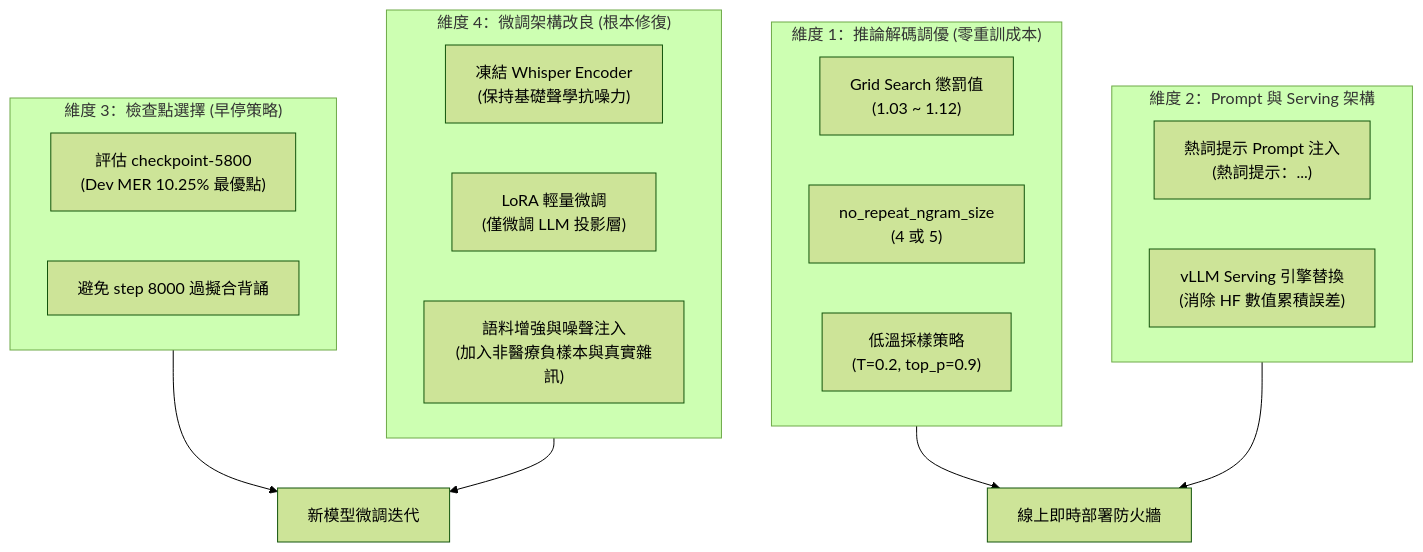
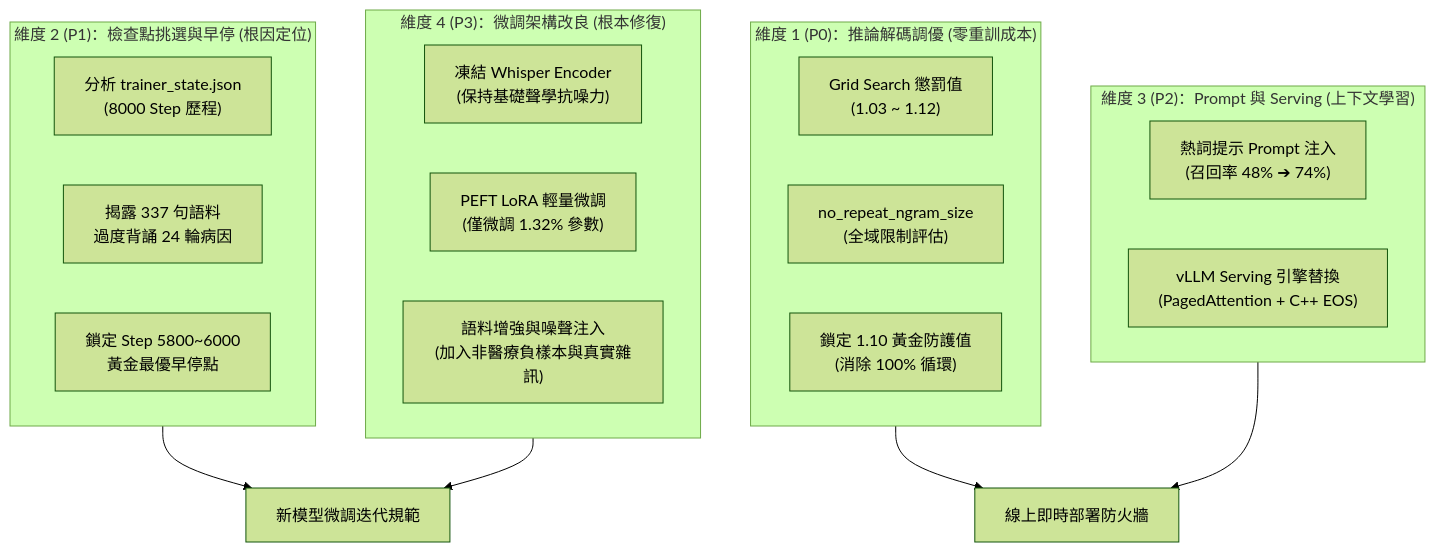
Before and after one commit to hungshinlee/MOSS-Transcribe-Diarize-Test: the diagram in README.md, drawn with Mermaid (forest theme). The commit also changed other lines of this file and 1 other file, not shown here.

````diff
--- a/README.md
+++ b/README.md
@@ -201,29 +218,30 @@
 ```mermaid
 flowchart TD
-    subgraph D1["維度 1：推論解碼調優 (零重訓成本)"]
+    subgraph D1["維度 1 (P0)：推論解碼調優 (零重訓成本)"]
         A1["Grid Search 懲罰值<br>(1.03 ~ 1.12)"]
-        A2["no_repeat_ngram_size<br>(4 或 5)"]
-        A3["低溫採樣策略<br>(T=0.2, top_p=0.9)"]
+        A2["no_repeat_ngram_size<br>(全域限制評估)"]
+        A3["鎖定 1.10 黃金防護值<br>(消除 100% 循環)"]
     end
 
-    subgraph D2["維度 2：Prompt 與 Serving 架構"]
-        B1["熱詞提示 Prompt 注入<br>(熱詞提示：...)"]
-        B2["vLLM Serving 引擎替換<br>(消除 HF 數值累積誤差)"]
+    subgraph D2["維度 2 (P1)：檢查點挑選與早停 (根因定位)"]
+        B1["分析 trainer_state.json<br>(8000 Step 歷程)"]
+        B2["揭露 337 句語料<br>過度背誦 24 輪病因"]
+        B3["鎖定 Step 5800~6000<br>黃金最優早停點"]
     end
 
-    subgraph D3["維度 3：檢查點選擇 (早停策略)"]
-        C1["評估 checkpoint-5800<br>(Dev MER 10.25% 最優點)"]
-        C2["避免 step 8000 過擬合背誦"]
+    subgraph D3["維度 3 (P2)：Prompt 與 Serving (上下文學習)"]
+        C1["熱詞提示 Prompt 注入<br>(召回率 48% ➔ 74%)"]
+        C2["vLLM Serving 引擎替換<br>(PagedAttention + C++ EOS)"]
     end
 
-    subgraph D4["維度 4：微調架構改良 (根本修復)"]
+    subgraph D4["維度 4 (P3)：微調架構改良 (根本修復)"]
         D_1["凍結 Whisper Encoder<br>(保持基礎聲學抗噪力)"]
-        D_2["LoRA 輕量微調<br>(僅微調 LLM 投影層)"]
+        D_2["PEFT LoRA 輕量微調<br>(僅微調 1.32% 參數)"]
         D_3["語料增強與噪聲注入<br>(加入非醫療負樣本與真實雜訊)"]
     end
 
     D1 --> Online["線上即時部署防火牆"]
-    D2 --> Online
-    D3 --> Retrain["新模型微調迭代"]
+    D3 --> Online
+    D2 --> Retrain["新模型微調迭代規範"]
     D4 --> Retrain
 ```
````
